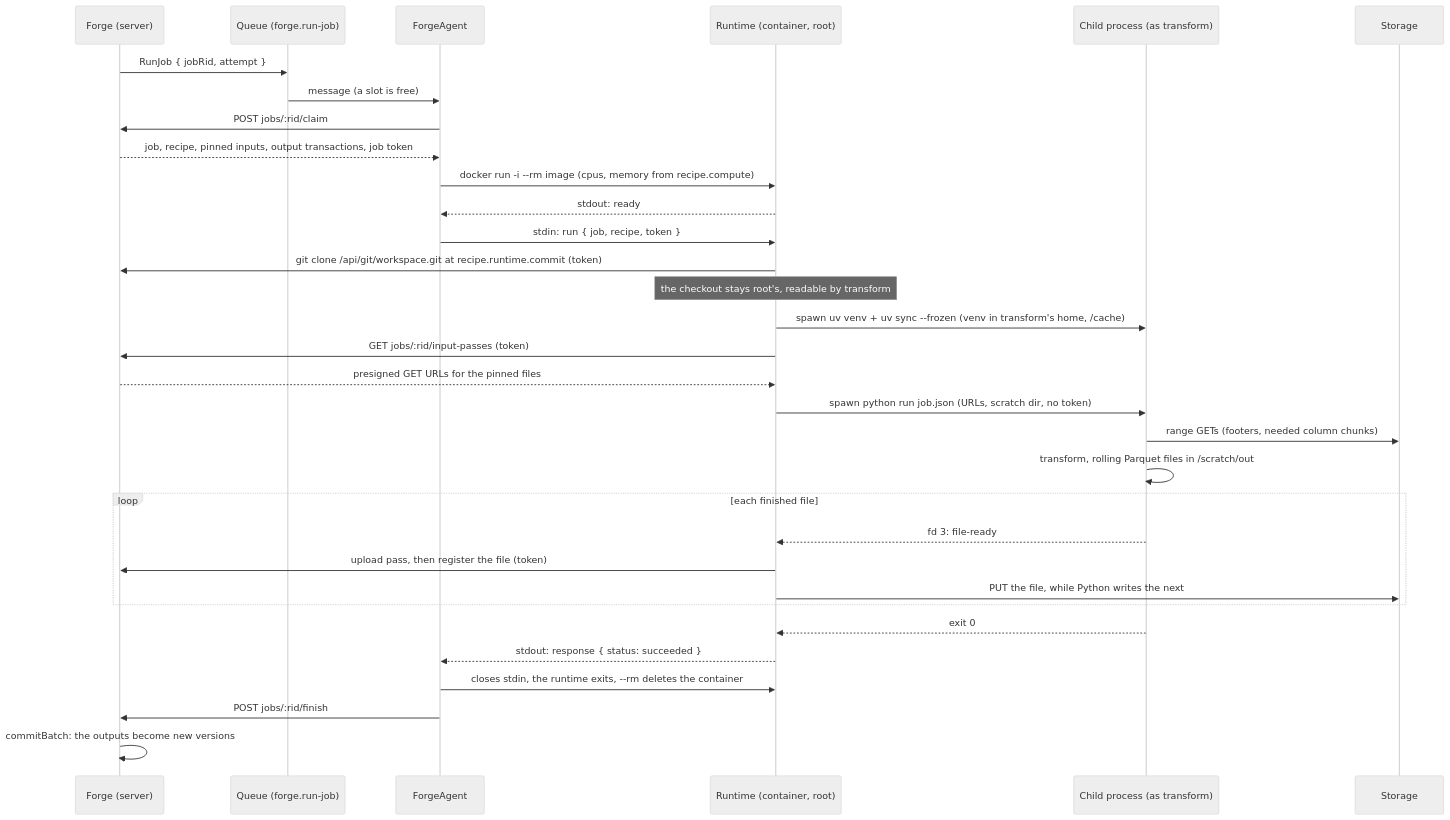
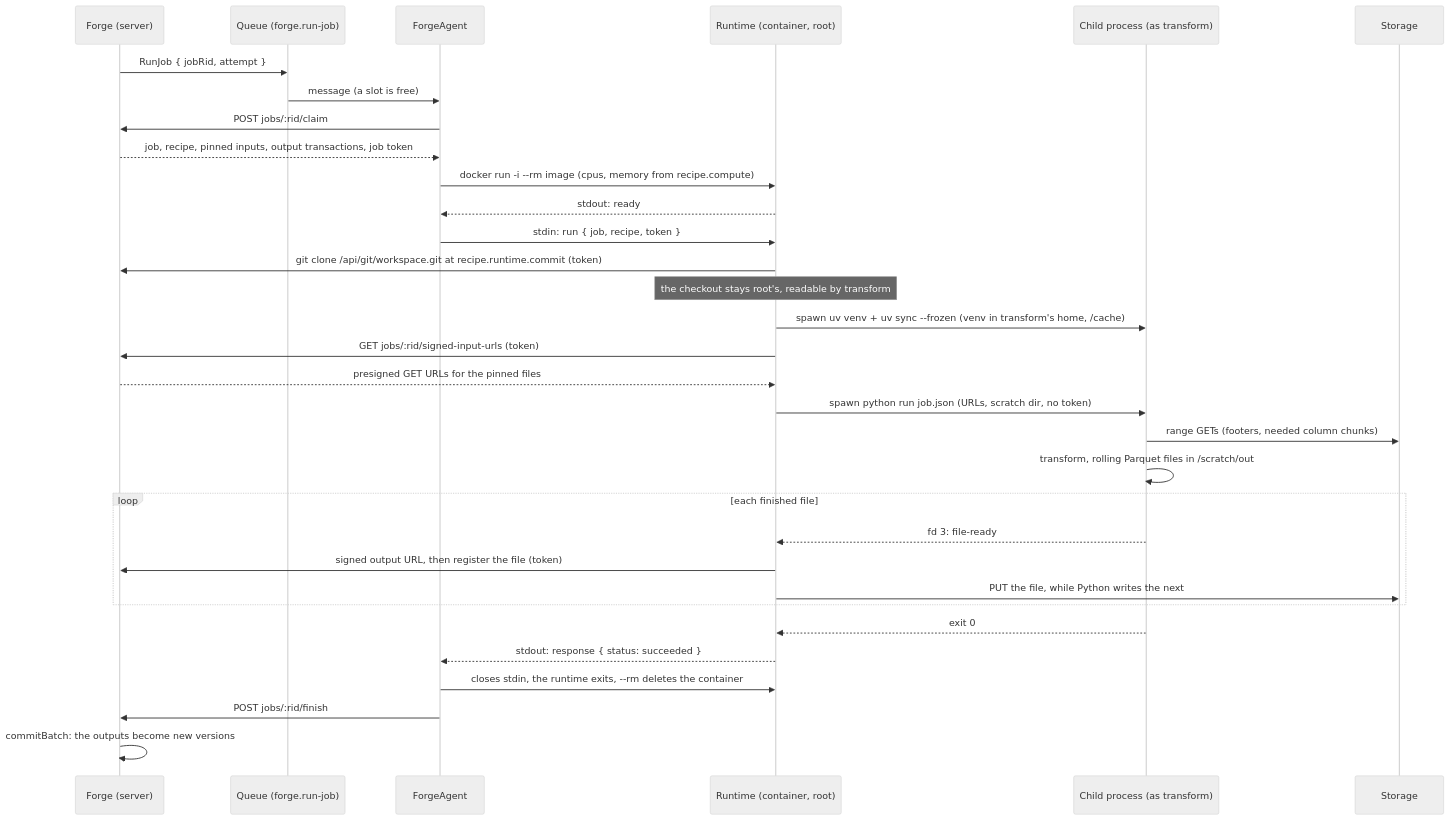
Before and after one commit to RolandTeslaru/Quarry: the second of 15 diagrams in docs/design/forge-runtimes.md, drawn with Mermaid (neutral theme). The commit also changed other lines of this file and 9 other files, not shown here.

````diff
--- a/docs/design/forge-runtimes.md
+++ b/docs/design/forge-runtimes.md
@@ -60,35 +60,35 @@
 ```mermaid
 sequenceDiagram
     participant S as Forge (server)
     participant Q as Queue (forge.run-job)
     participant A as ForgeAgent
     participant R as Runtime (container, root)
     participant P as Child process (as transform)
     participant O as Storage
 
     S->>Q: RunJob { jobRid, attempt }
     Q->>A: message (a slot is free)
     A->>S: POST jobs/:rid/claim
     S-->>A: job, recipe, pinned inputs, output transactions, job token
     A->>R: docker run -i --rm image  (cpus, memory from recipe.compute)
     R-->>A: stdout: ready
     A->>R: stdin: run { job, recipe, token }
     R->>S: git clone /api/git/workspace.git at recipe.runtime.commit (token)
     Note over R: the checkout stays root's, readable by transform
     R->>P: spawn uv venv + uv sync --frozen (venv in transform's home, /cache)
-    R->>S: GET jobs/:rid/input-passes (token)
+    R->>S: GET jobs/:rid/signed-input-urls (token)
     S-->>R: presigned GET URLs for the pinned files
     R->>P: spawn python run job.json (URLs, scratch dir, no token)
     P->>O: range GETs (footers, needed column chunks)
     P->>P: transform, rolling Parquet files in /scratch/out
     loop each finished file
         P-->>R: fd 3: file-ready
-        R->>S: upload pass, then register the file (token)
+        R->>S: signed output URL, then register the file (token)
         R->>O: PUT the file, while Python writes the next
     end
     P-->>R: exit 0
     R-->>A: stdout: response { status: succeeded }
     A->>R: closes stdin, the runtime exits, --rm deletes the container
     A->>S: POST jobs/:rid/finish
     S->>S: commitBatch: the outputs become new versions
 ```
````
